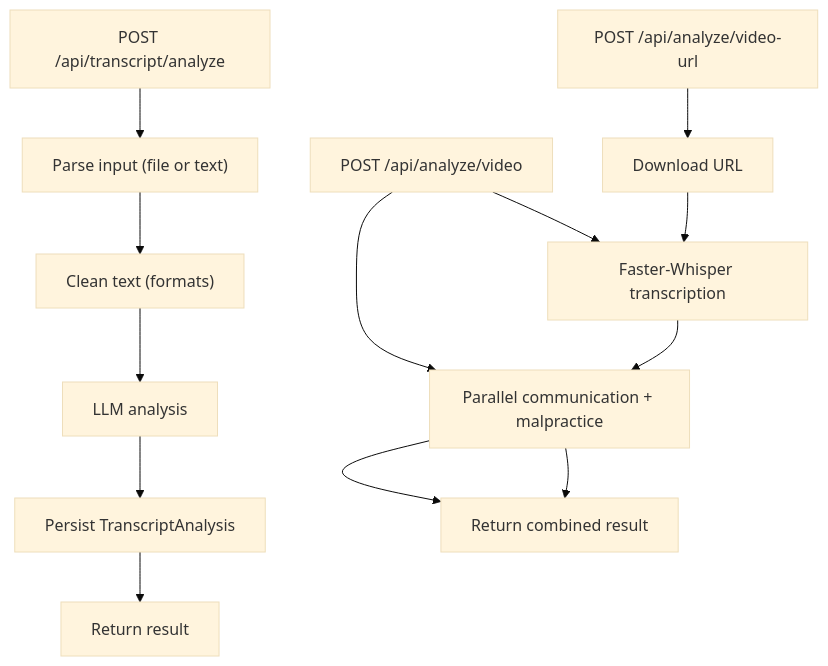
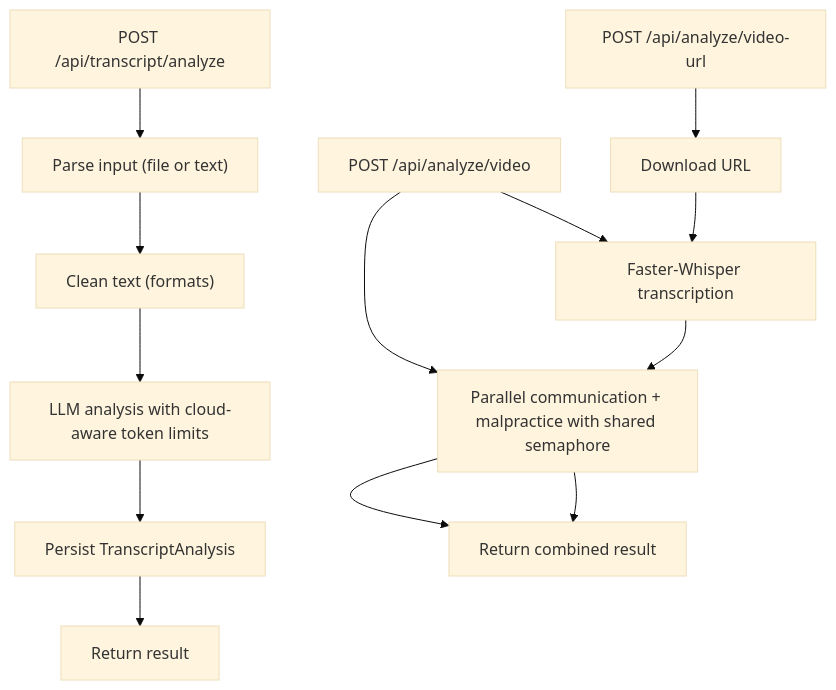
One commit to Revanththetalogics/aireume changed the sixth of 9 diagrams in .qoder/repowiki/en/content/Video Analysis/Transcript Generation.md. Above: the diagram before and after it, drawn with Mermaid (base theme). The commit also changed other lines of this file and 6 other files, not shown here.

First line of the commit message:
fix: increase cloud token limits to 4096/4000 to prevent truncation

````diff
--- a/.qoder/repowiki/en/content/Video Analysis/Transcript Generation.md
+++ b/.qoder/repowiki/en/content/Video Analysis/Transcript Generation.md
@@ -239,15 +293,15 @@
 ```mermaid
 flowchart TD
 A["POST /api/transcript/analyze"] --> P["Parse input (file or text)"]
 P --> C["Clean text (formats)"]
-C --> L["LLM analysis"]
+C --> L["LLM analysis with cloud-aware token limits"]
 L --> S["Persist TranscriptAnalysis"]
 S --> R["Return result"]
 B["POST /api/analyze/video"] --> T["Faster-Whisper transcription"]
-B --> Q["Parallel communication + malpractice"]
+B --> Q["Parallel communication + malpractice with shared semaphore"]
 Q --> R2["Return combined result"]
 U["POST /api/analyze/video-url"] --> D["Download URL"]
 D --> T
 T --> Q
 Q --> R2
 ```
````
